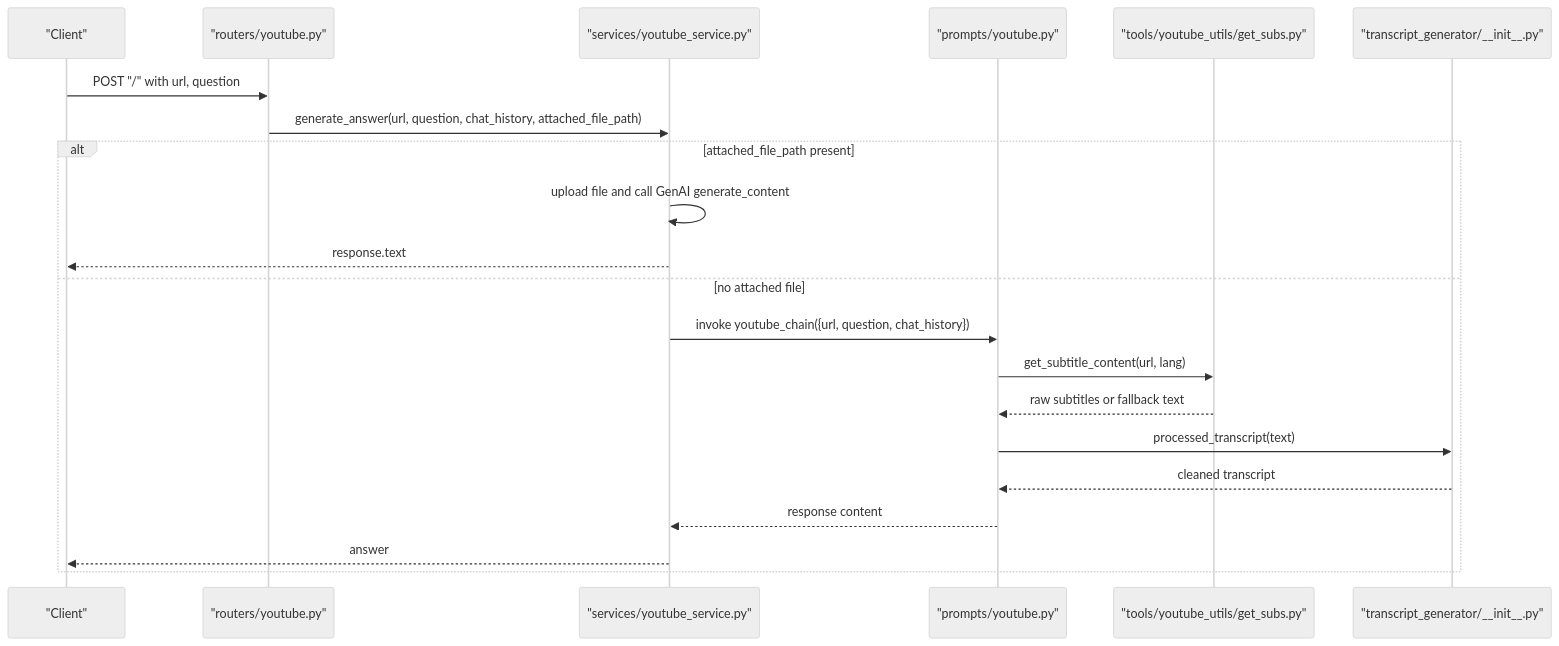
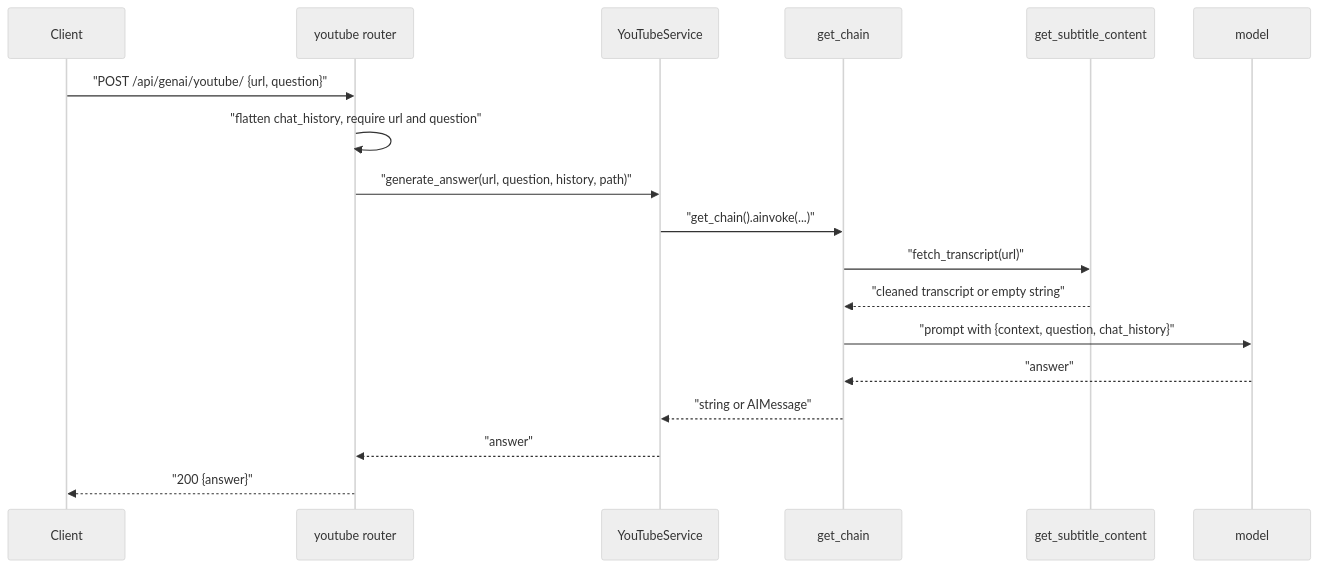
One commit to tashifkhan/tashif.codes changed the second of 6 diagrams in src/data/docs/agentic-browser/Data Models and Schemas/YouTube Data Models.md. Above: the diagram before and after it, drawn with Mermaid (neutral theme). The commit also changed other lines of this file and 114 other files, not shown here.

````diff
--- a/src/data/docs/agentic-browser/Data Models and Schemas/YouTube Data Models.md
+++ b/src/data/docs/agentic-browser/Data Models and Schemas/YouTube Data Models.md
@@ -74,23 +77,20 @@
 ```mermaid
 sequenceDiagram
-participant Client as "Client"
-participant Router as "routers/youtube.py"
-participant Service as "services/youtube_service.py"
-participant Chain as "prompts/youtube.py"
-participant Subs as "tools/youtube_utils/get_subs.py"
-participant TG as "transcript_generator/__init__.py"
-Client->>Router : POST "/" with url, question
-Router->>Service : generate_answer(url, question, chat_history, attached_file_path)
-alt attached_file_path present
-Service->>Service : upload file and call GenAI generate_content
-Service-->>Client : response.text
-else no attached file
-Service->>Chain : invoke youtube_chain({url, question, chat_history})
-Chain->>Subs : get_subtitle_content(url, lang)
-Subs-->>Chain : raw subtitles or fallback text
-Chain->>TG : processed_transcript(text)
-TG-->>Chain : cleaned transcript
-Chain-->>Service : response content
-Service-->>Client : answer
-end
+  participant C as Client
+  participant R as youtube router
+  participant S as YouTubeService
+  participant P as get_chain
+  participant T as get_subtitle_content
+  participant M as model
+  C->>R: "POST /api/genai/youtube/ {url, question}"
+  R->>R: "flatten chat_history, require url and question"
+  R->>S: "generate_answer(url, question, history, path)"
+  S->>P: "get_chain().ainvoke(...)"
+  P->>T: "fetch_transcript(url)"
+  T-->>P: "cleaned transcript or empty string"
+  P->>M: "prompt with {context, question, chat_history}"
+  M-->>P: "answer"
+  P-->>S: "string or AIMessage"
+  S-->>R: "answer"
+  R-->>C: "200 {answer}"
 ```
````
